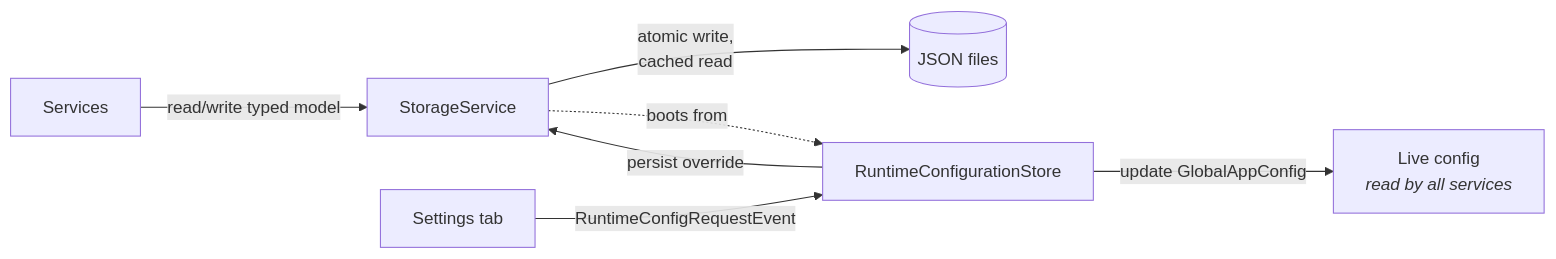
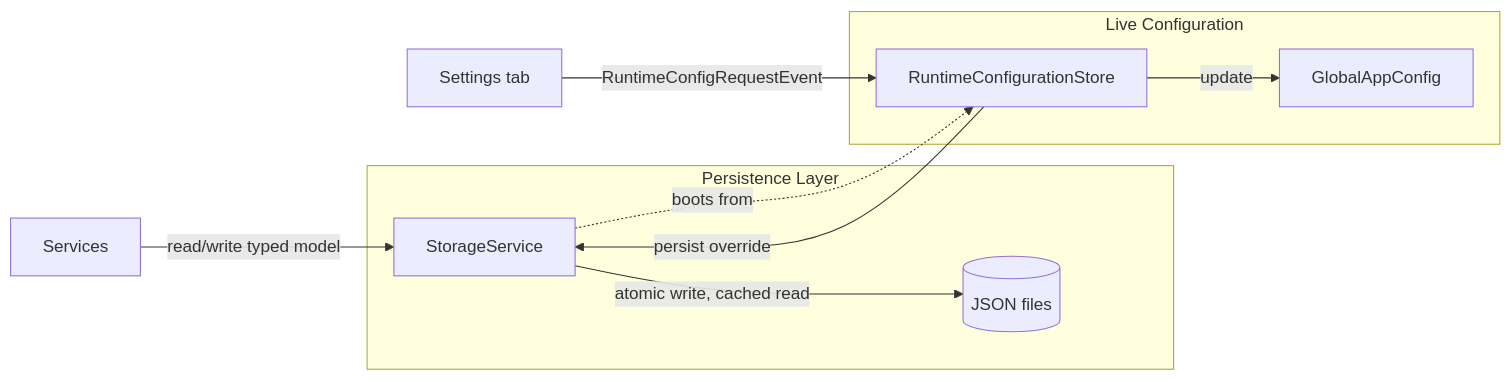
One commit to rick12000/vocalance changed the first of 3 diagrams in docs/developer/foundations/storage.rst. Above: the diagram before and after it, drawn with Mermaid. The commit also changed other lines of this file and 30 other files, not shown here.

```diff
--- a/docs/developer/foundations/storage.rst
+++ b/docs/developer/foundations/storage.rst
@@ -18,9 +21,17 @@
 .. mermaid::
 
    flowchart LR
-       Svcs[Services] -->|read/write typed model| Storage[StorageService]
-       Storage -->|atomic write,<br/>cached read| Disk[(JSON files)]
-       Storage -.boots from.-> Runtime[RuntimeConfigurationStore]
+       subgraph Persistence["Persistence Layer"]
+           Storage[StorageService]
+           Disk[(JSON files)]
+           Storage -->|atomic write, cached read| Disk
+       end
+       subgraph Config["Live Configuration"]
+           Runtime[RuntimeConfigurationStore]
+           Cfg[GlobalAppConfig]
+           Runtime -->|update| Cfg
+       end
+       Svcs[Services] -->|read/write typed model| Storage
+       Storage -.boots from.-> Runtime
        UI[Settings tab] -->|RuntimeConfigRequestEvent| Runtime
-       Runtime -->|update GlobalAppConfig| Cfg[Live config<br/><i>read by all services</i>]
        Runtime -->|persist override| Storage
```
